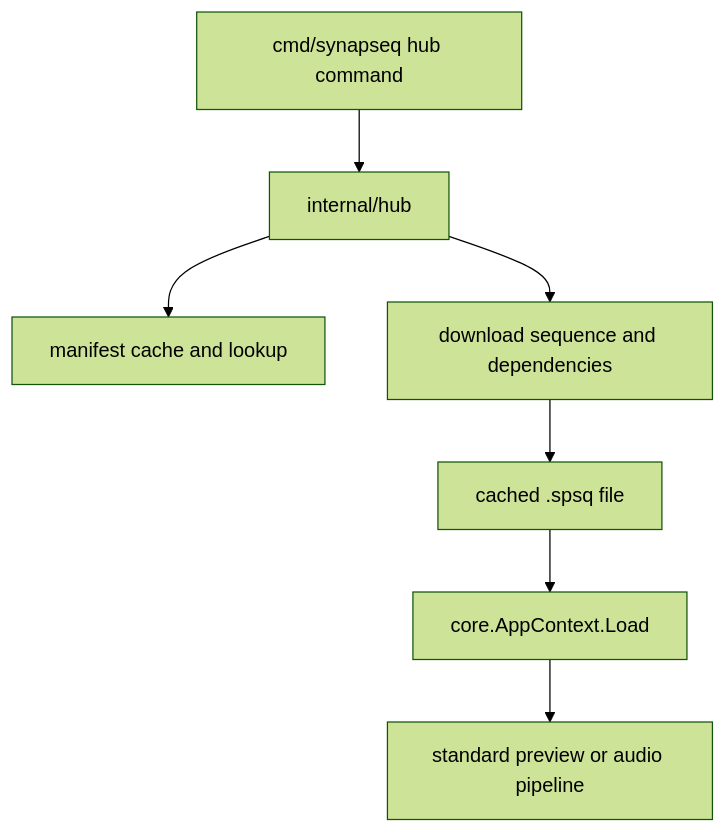
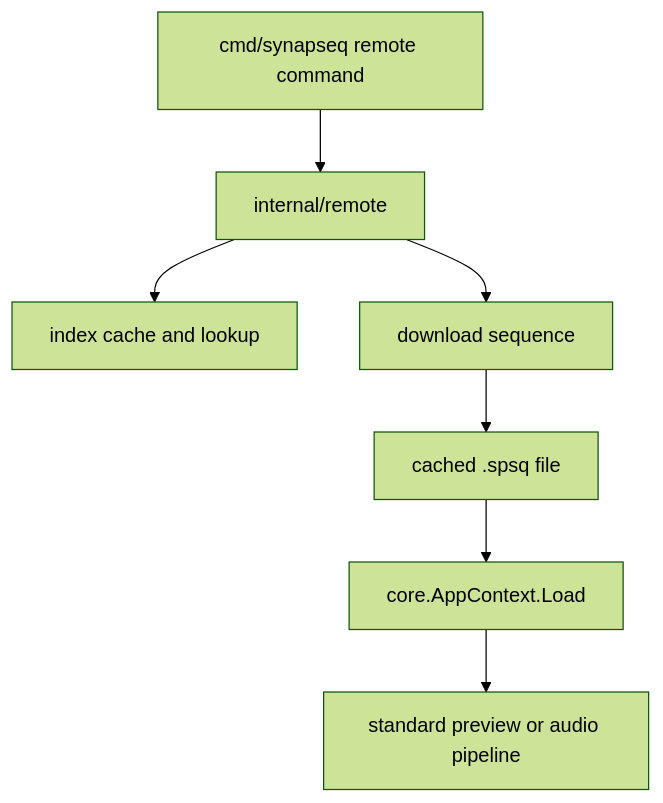
One commit to synapseq-foundation/synapseq changed the fifth of 5 diagrams in docs/ARCHITECTURE.md. Above: the diagram before and after it, drawn with Mermaid (forest theme). The commit also changed other lines of this file and 2 other files, not shown here.

Commit message:
docs: updated remote info

````diff
--- a/docs/ARCHITECTURE.md
+++ b/docs/ARCHITECTURE.md
@@ -337,9 +337,9 @@
 ```mermaid
 flowchart TD
-	HubCommand[cmd/synapseq hub command] --> HubAPI[internal/hub]
-	HubAPI --> Manifest[manifest cache and lookup]
-	HubAPI --> Download[download sequence and dependencies]
+	RemoteCommand[cmd/synapseq remote command] --> RemoteAPI[internal/remote]
+	RemoteAPI --> Index[index cache and lookup]
+	RemoteAPI --> Download[download sequence]
 	Download --> CachedSPSQ[cached .spsq file]
 	CachedSPSQ --> CoreLoad[core.AppContext.Load]
 	CoreLoad --> MainPipeline[standard preview or audio pipeline]
 ```
````
